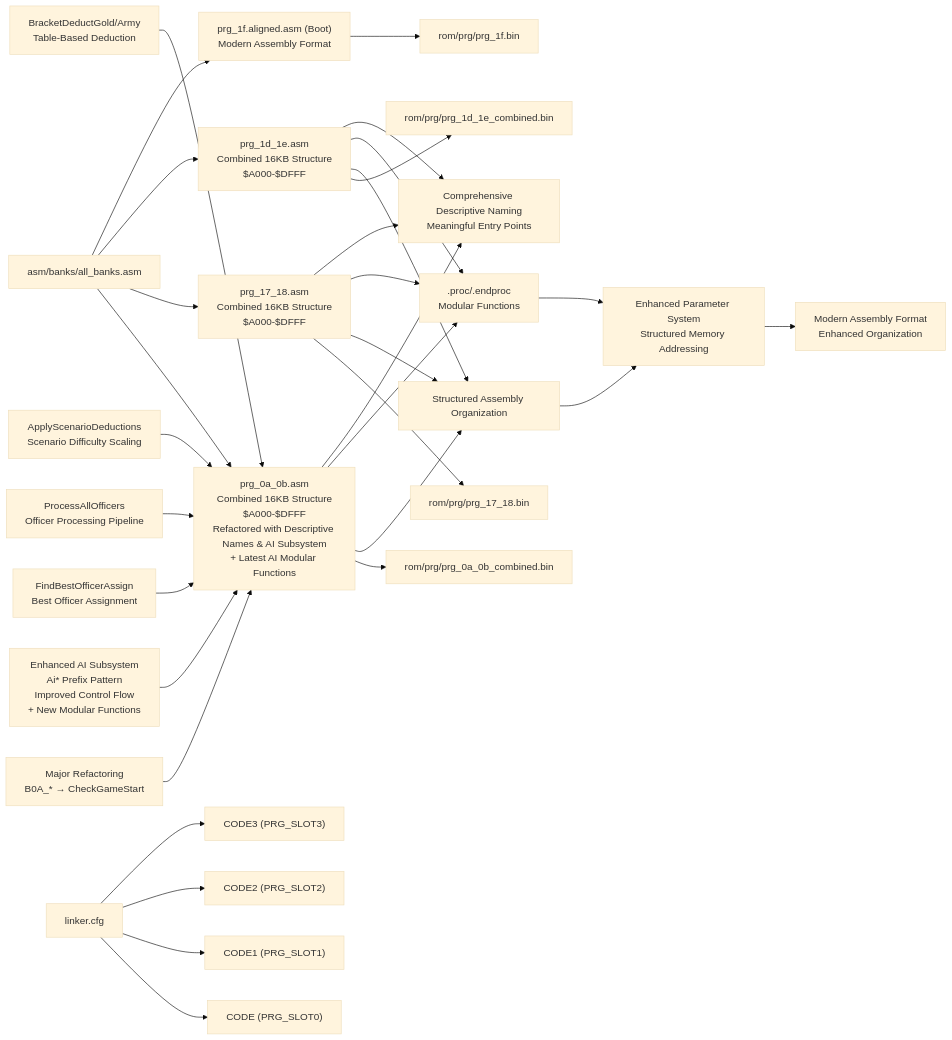
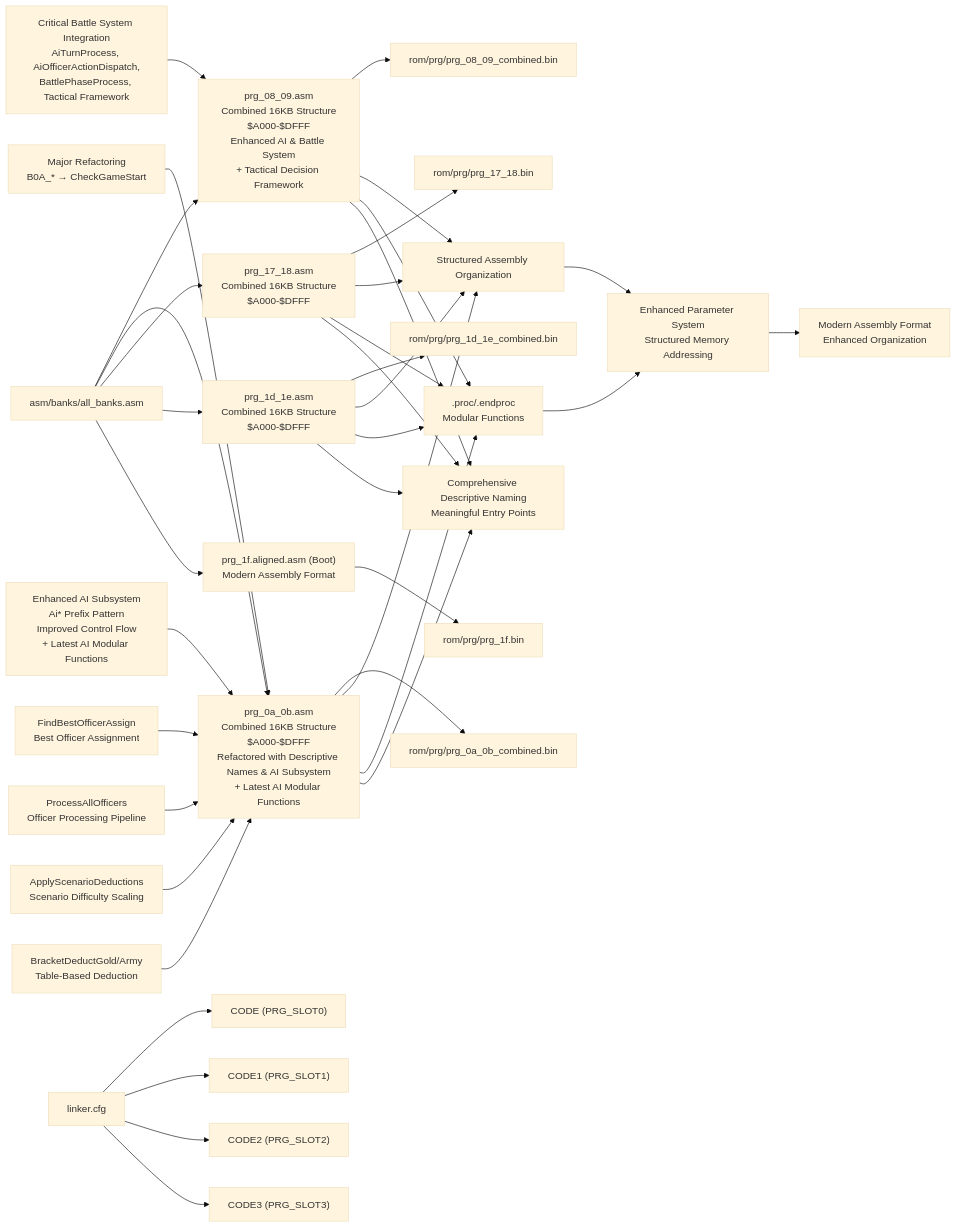
Diagram 16 of 21 in .qoder/repowiki/en/content/Assembly Architecture/Assembly Architecture.md (rabbyzero/sango2dasm), drawn with Mermaid (base theme) before and after one commit. The commit also changed other lines of this file and 34 other files, not shown here.

First line of the commit message:
Consolidate PRG banks 0E-0F into combined disassembly

````diff
--- a/.qoder/repowiki/en/content/Assembly Architecture/Assembly Architecture.md
+++ b/.qoder/repowiki/en/content/Assembly Architecture/Assembly Architecture.md
@@ -869,36 +1168,42 @@
 ```mermaid
 graph LR
-ALLB["asm/banks/all_banks.asm"] --> COMBINED0A_0B["prg_0a_0b.asm<br/>Combined 16KB Structure<br/>$A000-$DFFF<br/>Refactored with Descriptive Names & AI Subsystem<br/>+ Latest AI Modular Functions"]
+ALLB["asm/banks/all_banks.asm"] --> COMBINED08_09["prg_08_09.asm<br/>Combined 16KB Structure<br/>$A000-$DFFF<br/>Enhanced AI & Battle System<br/>+ Tactical Decision Framework"]
+ALLB --> COMBINED0A_0B["prg_0a_0b.asm<br/>Combined 16KB Structure<br/>$A000-$DFFF<br/>Refactored with Descriptive Names & AI Subsystem<br/>+ Latest AI Modular Functions"]
 ALLB --> COMBINED17_18["prg_17_18.asm<br/>Combined 16KB Structure<br/>$A000-$DFFF"]
 ALLB --> COMBINED1D_1E["prg_1d_1e.asm<br/>Combined 16KB Structure<br/>$A000-$DFFF"]
 ALLB --> ALIGNED["prg_1f.aligned.asm (Boot)<br/>Modern Assembly Format"]
 LCFG["linker.cfg"] --> SEG0["CODE (PRG_SLOT0)"]
 LCFG --> SEG1["CODE1 (PRG_SLOT1)"]
 LCFG --> SEG2["CODE2 (PRG_SLOT2)"]
 LCFG --> SEG3["CODE3 (PRG_SLOT3)"]
+COMBINED08_09 --> BIN08_09["rom/prg/prg_08_09_combined.bin"]
 COMBINED0A_0B --> BIN0A_0B["rom/prg/prg_0a_0b_combined.bin"]
 COMBINED17_18 --> BIN17_18["rom/prg/prg_17_18.bin"]
 COMBINED1D_1E --> BIN1D_1E["rom/prg/prg_1d_1e_combined.bin"]
 ALIGNED --> BIN1F["rom/prg/prg_1f.bin"]
-COMBINED0A_0B --> STRUCT["Structured Assembly Organization"]
+COMBINED08_09 --> STRUCT["Structured Assembly Organization"]
+COMBINED0A_0B --> STRUCT
 COMBINED17_18 --> STRUCT
 COMBINED1D_1E --> STRUCT
-COMBINED0A_0B --> PROC[".proc/.endproc<br/>Modular Functions"]
+COMBINED08_09 --> PROC[".proc/.endproc<br/>Modular Functions"]
+COMBINED0A_0B --> PROC
 COMBINED17_18 --> PROC
 COMBINED1D_1E --> PROC
 PARAMSYS["Enhanced Parameter System<br/>Structured Memory Addressing"]
 STRUCT --> PARAMSYS
 PROC --> PARAMSYS
 MODERN["Modern Assembly Format<br/>Enhanced Organization"]
 PARAMSYS --> MODERN
 DESCRIPTIVENAMING["Comprehensive Descriptive Naming<br/>Meaningful Entry Points"]
+COMBINED08_09 --> DESCRIPTIVENAMING
 COMBINED0A_0B --> DESCRIPTIVENAMING
 COMBINED17_18 --> DESCRIPTIVENAMING
 COMBINED1D_1E --> DESCRIPTIVENAMING
 REFAC["Major Refactoring<br/>B0A_* → CheckGameStart"] --> COMBINED0A_0B
-AI_ENHANCEMENT["Enhanced AI Subsystem<br/>Ai* Prefix Pattern<br/>Improved Control Flow<br/>+ New Modular Functions"] --> COMBINED0A_0B
+AI_ENHANCEMENT["Enhanced AI Subsystem<br/>Ai* Prefix Pattern<br/>Improved Control Flow<br/>+ Latest AI Modular Functions"] --> COMBINED0A_0B
+BATTLE_INTEGRATION["Critical Battle System Integration<br/>AiTurnProcess, AiOfficerActionDispatch,<br/>BattlePhaseProcess, Tactical Framework"] --> COMBINED08_09
 AI_FIND_OFFICER["FindBestOfficerAssign<br/>Best Officer Assignment"] --> COMBINED0A_0B
 AI_PROCESS_ALL["ProcessAllOfficers<br/>Officer Processing Pipeline"] --> COMBINED0A_0B
 AI_SCENARIO_DEDUCTIONS["ApplyScenarioDeductions<br/>Scenario Difficulty Scaling"] --> COMBINED0A_0B
 AI_BRACKET_DEDUCT["BracketDeductGold/Army<br/>Table-Based Deduction"] --> COMBINED0A_0B
 ```
````
